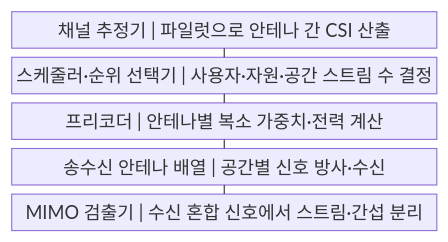
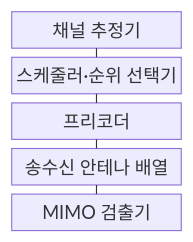
Before and after one commit to agnusdei1207/knowledge-base: the first of 2 diagrams in src/content/docs/notes/04-network/067_mimo_massive_mimo.md, drawn with Mermaid. The commit also changed other lines of this file and 122 other files, not shown here.

````diff
--- a/src/content/docs/notes/04-network/067_mimo_massive_mimo.md
+++ b/src/content/docs/notes/04-network/067_mimo_massive_mimo.md
@@ -59,13 +59,13 @@
 ```mermaid
-block
+block-beta
     columns 1
-    A["채널 추정기 | 파일럿으로 안테나 간 CSI 산출"]
-    B["스케줄러·순위 선택기 | 사용자·자원·공간 스트림 수 결정"]
-    C["프리코더 | 안테나별 복소 가중치·전력 계산"]
-    D["송수신 안테나 배열 | 공간별 신호 방사·수신"]
-    E["MIMO 검출기 | 수신 혼합 신호에서 스트림·간섭 분리"]
+    A["채널 추정기"]
+    B["스케줄러·순위 선택기"]
+    C["프리코더"]
+    D["송수신 안테나 배열"]
+    E["MIMO 검출기"]
     A --- B
     B --- C
     C --- D
     D --- E
 ```
````
